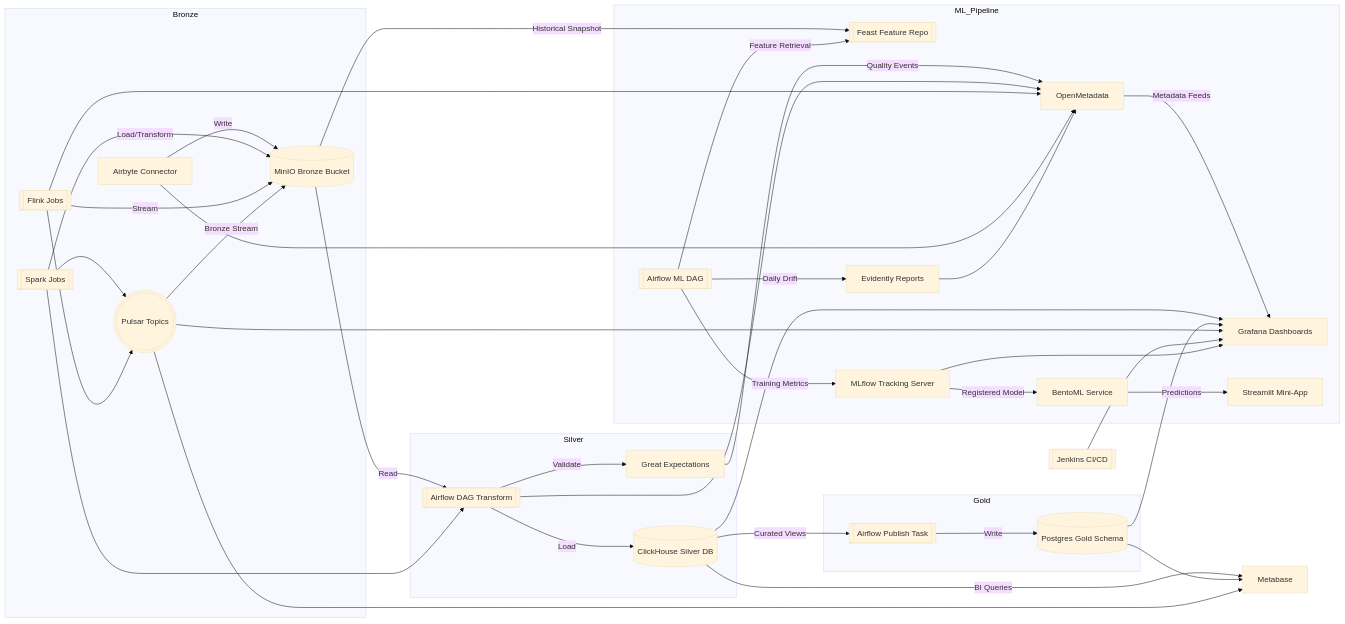
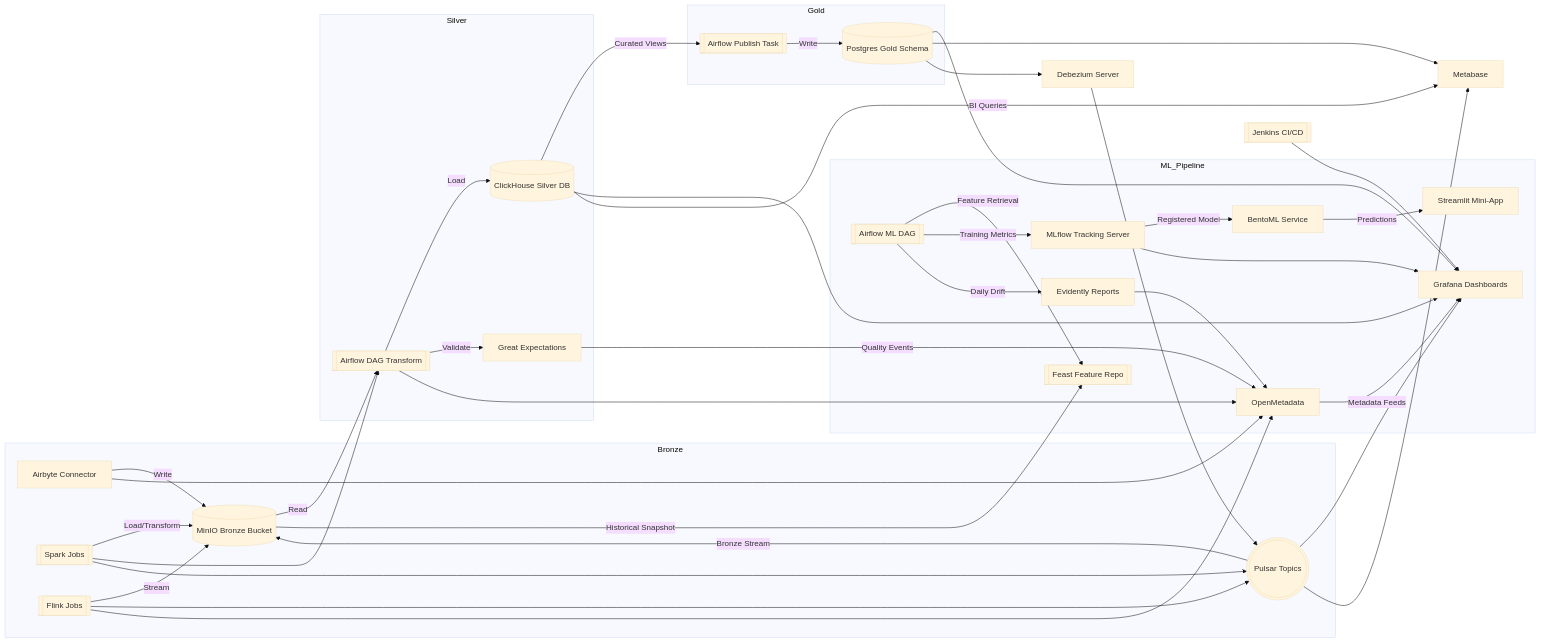
The diagram in docs/architecture.md (aikirias/OneRing), drawn with Mermaid (base theme) before and after one commit. The commit also changed other lines of this file and 22 other files, not shown here.

````diff
--- a/docs/architecture.md
+++ b/docs/architecture.md
@@ -27,50 +29,52 @@
 ```mermaid
 flowchart LR
     subgraph Bronze
         AB[Airbyte Connector]
         AB -->|Write| MIO[(MinIO Bronze Bucket)]
         Spark[[Spark Jobs]] -->|Load/Transform| MIO
         Flink[[Flink Jobs]] -->|Stream| MIO
         Pulsar(((Pulsar Topics))) -->|Bronze Stream| MIO
     end
 
     subgraph Silver
         AF[[Airflow DAG Transform]] -->|Load| CH[(ClickHouse Silver DB)]
         MIO -->|Read| AF
         AF -->|Validate| GE[Great Expectations]
     end
 
     subgraph Gold
         CH -->|Curated Views| AF2[[Airflow Publish Task]]
         AF2 -->|Write| PG[(Postgres Gold Schema)]
     end
 
     GE -->|Quality Events| OM[OpenMetadata]
     AF --> OM
     Spark --> AF
     Spark --> Pulsar
     Flink --> Pulsar
     Flink --> OM
     AB --> OM
 
     OM -->|Metadata Feeds| GF[Grafana Dashboards]
     CH --> GF
     PG --> GF
     CH -->|BI Queries| MB[Metabase]
     PG --> MB
     Pulsar --> GF
     Pulsar --> MB
+    PG --> DBZ[Debezium Server]
+    DBZ --> Pulsar
     Jenkins[[Jenkins CI/CD]] --> GF
 
     subgraph ML_Pipeline
         FS[[Feast Feature Repo]]
         MIO -->|Historical Snapshot| FS
         AF3[[Airflow ML DAG]] -->|Feature Retrieval| FS
         AF3 -->|Training Metrics| MLW[MLflow Tracking Server]
         MLW -->|Registered Model| Bento[BentoML Service]
         Bento -->|Predictions| App[Streamlit Mini-App]
         AF3 -->|Daily Drift| Evidently[Evidently Reports]
         Evidently --> OM
         MLW --> GF
     end
 ```
````
